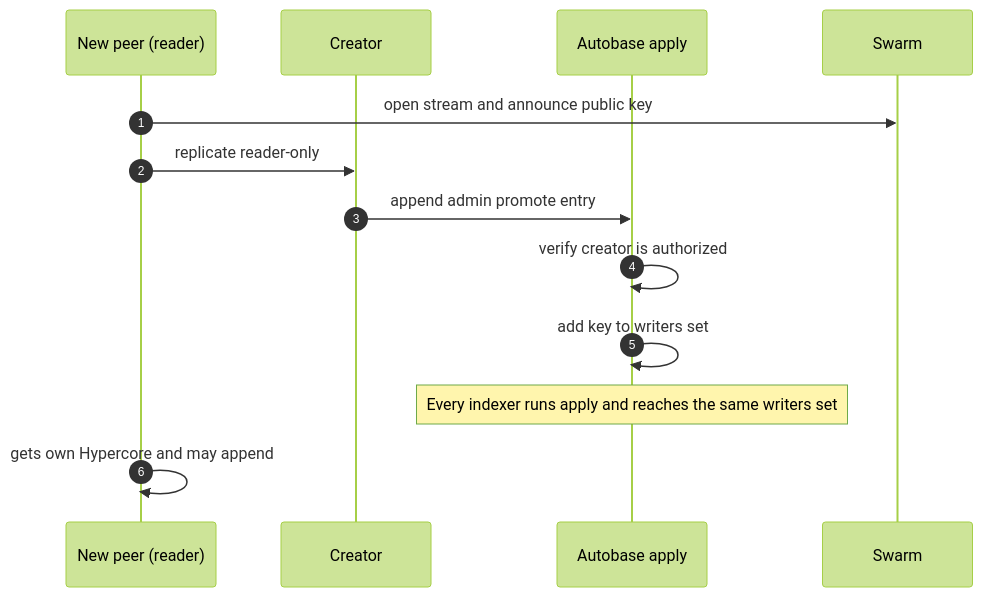
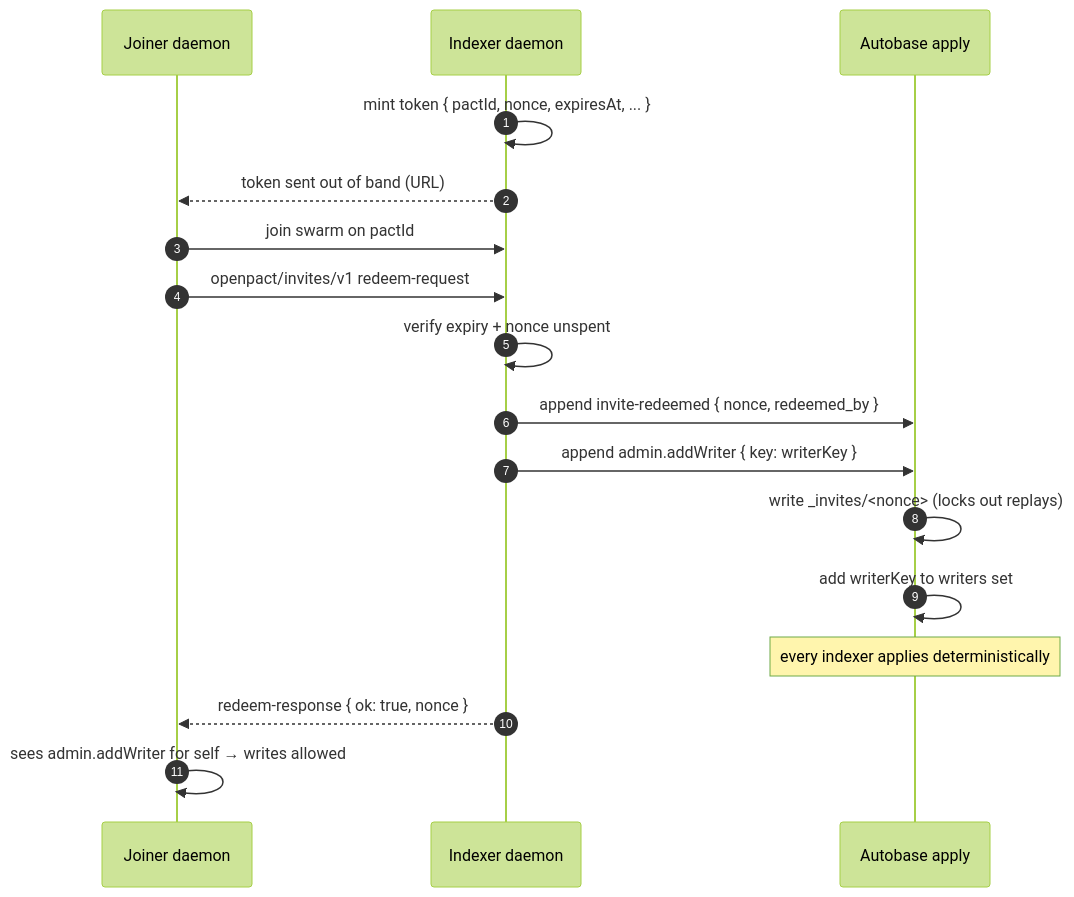
The fifth of 5 diagrams in README.md (openpact-dev/openpact), drawn with Mermaid (forest theme) before and after one commit. The commit also changed other lines of this file and 4 other files, not shown here.

````diff
--- a/README.md
+++ b/README.md
@@ -247,16 +259,20 @@
 ```mermaid
 sequenceDiagram
   autonumber
-  participant Newcomer as New peer (reader)
-  participant Creator
+  participant Joiner as Joiner daemon
+  participant Creator as Indexer daemon
   participant Auto as Autobase apply
-  participant Swarm
 
-  Newcomer->>Swarm: open stream and announce public key
-  Newcomer->>Creator: replicate reader-only
-  Creator->>Auto: append admin promote entry
-  Auto->>Auto: verify creator is authorized
-  Auto->>Auto: add key to writers set
-  Note over Auto: Every indexer runs apply and reaches the same writers set
-  Newcomer->>Newcomer: gets own Hypercore and may append
+  Creator->>Creator: mint token { pactId, nonce, expiresAt, ... }
+  Creator-->>Joiner: token sent out of band (URL)
+  Joiner->>Creator: join swarm on pactId
+  Joiner->>Creator: openpact/invites/v1 redeem-request
+  Creator->>Creator: verify expiry + nonce unspent
+  Creator->>Auto: append invite-redeemed { nonce, redeemed_by }
+  Creator->>Auto: append admin.addWriter { key: writerKey }
+  Auto->>Auto: write _invites/<nonce> (locks out replays)
+  Auto->>Auto: add writerKey to writers set
+  Note over Auto: every indexer applies deterministically
+  Creator-->>Joiner: redeem-response { ok: true, nonce }
+  Joiner->>Joiner: sees admin.addWriter for self → writes allowed
 ```
````
